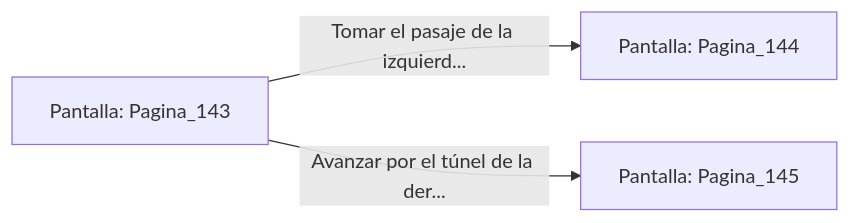
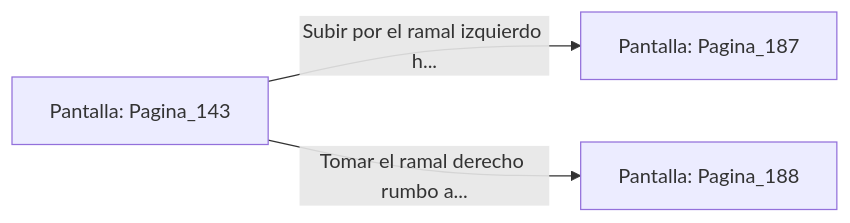
Before and after one commit to metsuke/mpl: the diagram in sample/eligejuego-vault/Pantalla_Pagina_143.md, drawn with Mermaid. The commit also changed other lines of this file and 635 other files, not shown here.

First line of the commit message:
fix: añadir Pagina_1 como pantalla inicial en capitulo_01.mpl

````diff
--- a/sample/eligejuego-vault/Pantalla_Pagina_143.md
+++ b/sample/eligejuego-vault/Pantalla_Pagina_143.md
@@ -20,6 +24,6 @@
 ```mermaid
 graph LR
     P_Pagina_143["Pantalla: Pagina_143"]
-    P_Pagina_143 -->|"Tomar el pasaje de la izquierd..."| P_Pagina_144["Pantalla: Pagina_144"]
-    P_Pagina_143 -->|"Avanzar por el túnel de la der..."| P_Pagina_145["Pantalla: Pagina_145"]
+    P_Pagina_143 -->|"Subir por el ramal izquierdo h..."| P_Pagina_187["Pantalla: Pagina_187"]
+    P_Pagina_143 -->|"Tomar el ramal derecho rumbo a..."| P_Pagina_188["Pantalla: Pagina_188"]
 ```
````
